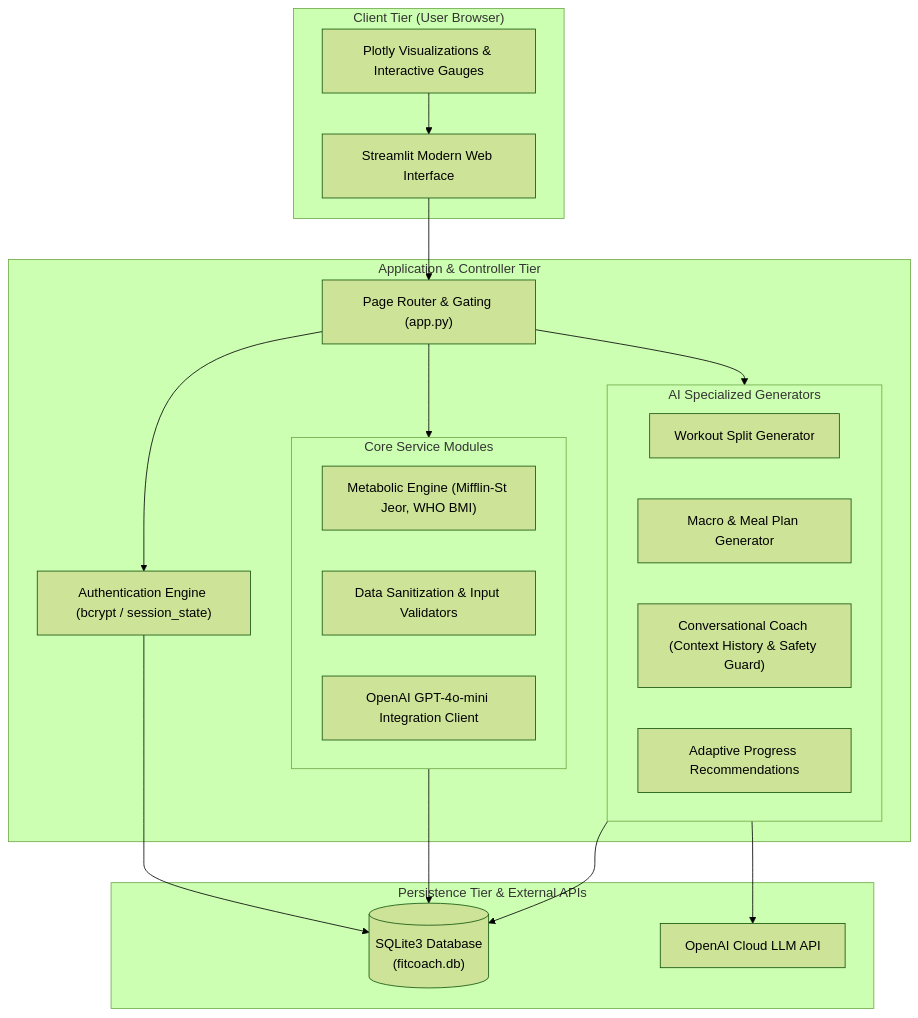
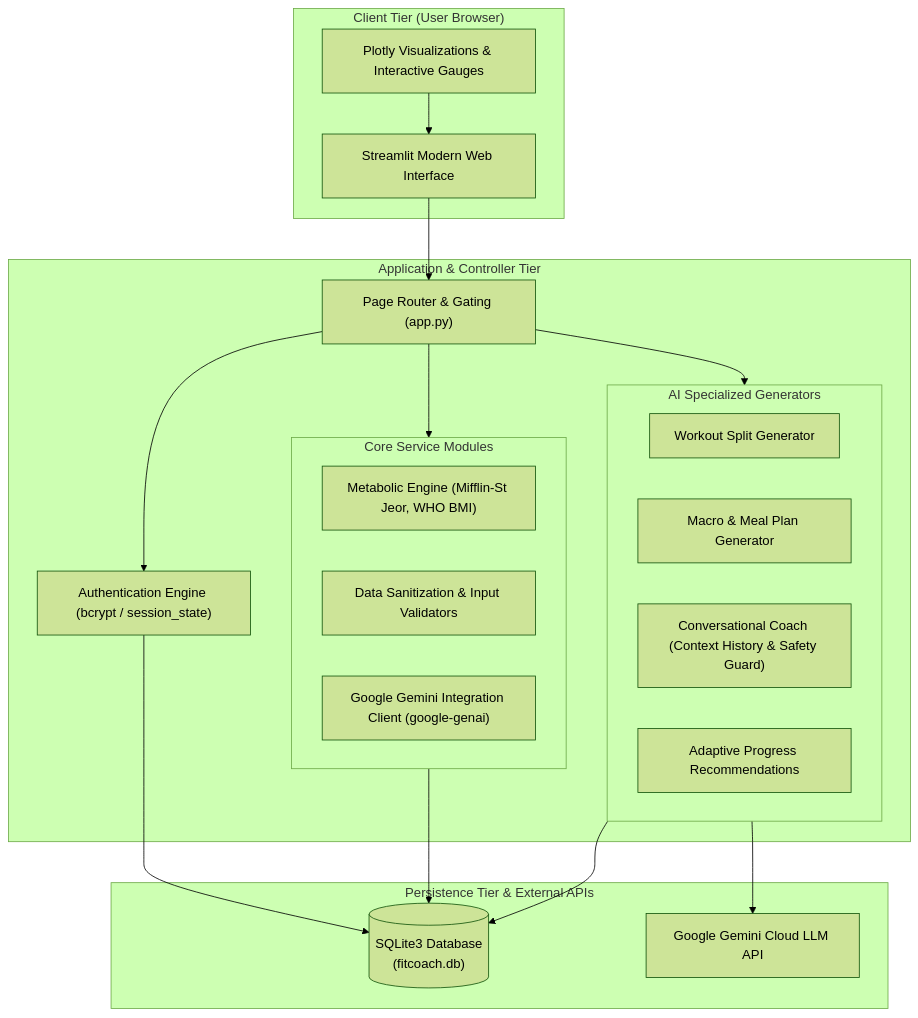
The diagram in README.md (Sunnyyadav2905/AI-Fitness-Coach), drawn with Mermaid (forest theme) before and after one commit. The commit also changed other lines of this file and 22 other files, not shown here.

Commit message:
Migrate to Google Gemini API (google-genai) and prepare Render Web Service deployment

````diff
--- a/README.md
+++ b/README.md
@@ -46,40 +46,40 @@
 ```mermaid
 flowchart TD
     subgraph Client["Client Tier (User Browser)"]
         UI["Streamlit Modern Web Interface"]
         PlotlyCharts["Plotly Visualizations & Interactive Gauges"]
     end
 
     subgraph AppLayer["Application & Controller Tier"]
         Router["Page Router & Gating (app.py)"]
         AuthModule["Authentication Engine (bcrypt / session_state)"]
         
         subgraph LogicServices["Core Service Modules"]
             BMIEngine["Metabolic Engine (Mifflin-St Jeor, WHO BMI)"]
             Validators["Data Sanitization & Input Validators"]
-            AIEngine["OpenAI GPT-4o-mini Integration Client"]
+            AIEngine["Google Gemini Integration Client (google-genai)"]
         end
         
         subgraph AIPipelines["AI Specialized Generators"]
             WorkoutGen["Workout Split Generator"]
             DietGen["Macro & Meal Plan Generator"]
             ChatCoach["Conversational Coach (Context History & Safety Guard)"]
             RecEngine["Adaptive Progress Recommendations"]
         end
     end
 
     subgraph DataTier["Persistence Tier & External APIs"]
         SQLite[("SQLite3 Database\n(fitcoach.db)")]
-        OpenAIAPI["OpenAI Cloud LLM API"]
+        GeminiAPI["Google Gemini Cloud LLM API"]
     end
 
     UI --> Router
     PlotlyCharts --> UI
     Router --> AuthModule
     Router --> LogicServices
     Router --> AIPipelines
     AuthModule --> SQLite
     LogicServices --> SQLite
     AIPipelines --> SQLite
-    AIPipelines --> OpenAIAPI
+    AIPipelines --> GeminiAPI
 ```
````
